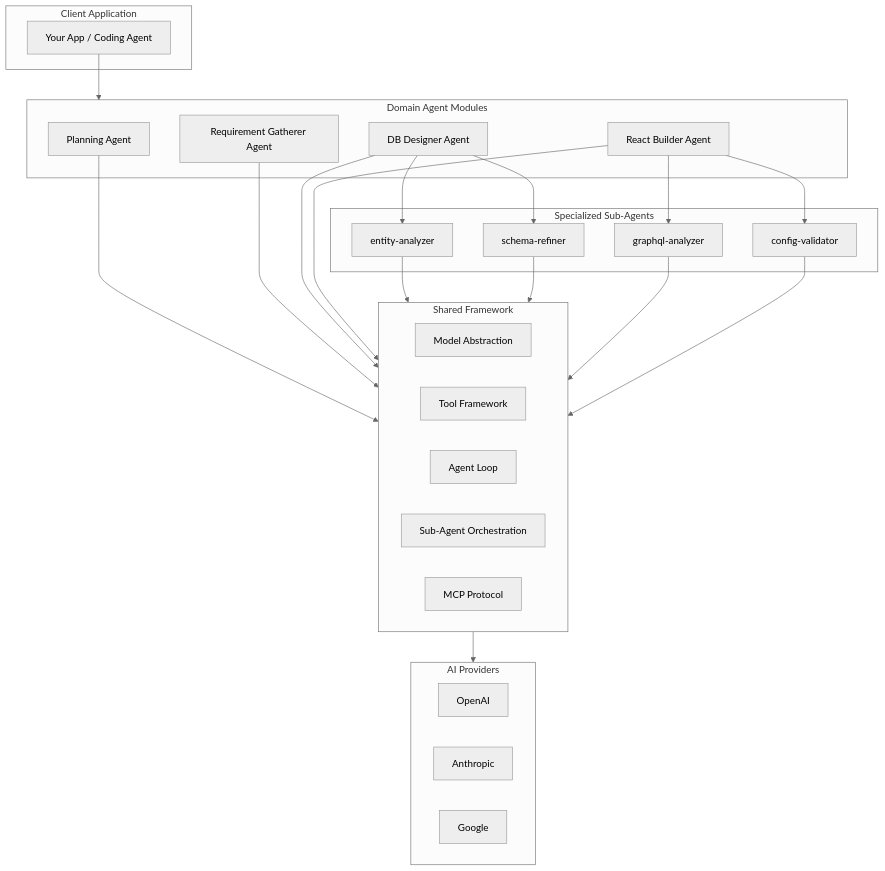
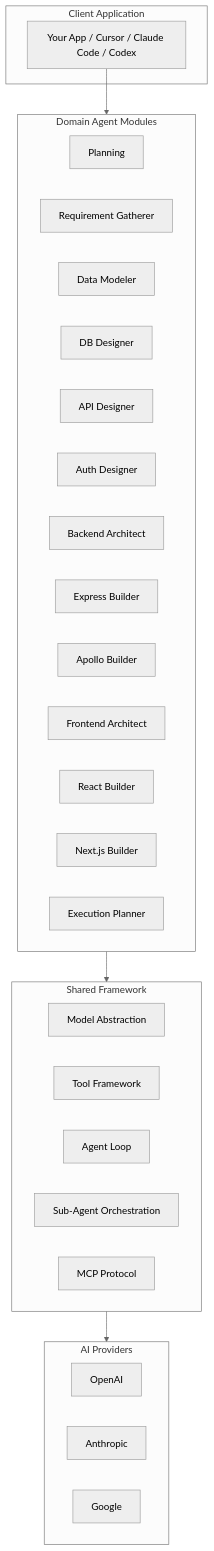
The fourth of 7 diagrams in README.md (sijeeshmiziha/sweagent), drawn with Mermaid (neutral theme) before and after one commit. The commit also changed other lines of this file and 15 other files, not shown here.

````diff
--- a/README.md
+++ b/README.md
@@ -589,49 +913,40 @@
 ```mermaid
 graph TB
   subgraph Client[Client Application]
-    App["Your App / Coding Agent"]
+    App["Your App / Cursor / Claude Code / Codex"]
   end
 
   subgraph DomainAgents[Domain Agent Modules]
-    Planning["Planning Agent"]
-    ReqGatherer["Requirement Gatherer Agent"]
-    DbDesigner["DB Designer Agent"]
-    ReactBuilder["React Builder Agent"]
-  end
-
-  subgraph SubAgents[Specialized Sub-Agents]
-    EA["entity-analyzer"]
-    SR["schema-refiner"]
-    GA["graphql-analyzer"]
-    CV["config-validator"]
+    Planning["Planning"]
+    ReqGatherer["Requirement Gatherer"]
+    DataModeler["Data Modeler"]
+    DbDesigner["DB Designer"]
+    ApiDesigner["API Designer"]
+    AuthDesigner["Auth Designer"]
+    BackendArch["Backend Architect"]
+    ExpressBuilder["Express Builder"]
+    ApolloBuilder["Apollo Builder"]
+    FrontendArch["Frontend Architect"]
+    ReactBuilder["React Builder"]
+    NextjsBuilder["Next.js Builder"]
+    ExecPlanner["Execution Planner"]
   end
 
   subgraph Framework[Shared Framework]
     Models["Model Abstraction"]
     ToolFW["Tool Framework"]
     AgentLoop["Agent Loop"]
     SubAgentOrch["Sub-Agent Orchestration"]
     MCP["MCP Protocol"]
   end
 
   subgraph Providers[AI Providers]
     OpenAI["OpenAI"]
     Anthropic["Anthropic"]
     Google["Google"]
   end
 
   App --> DomainAgents
-  Planning --> Framework
-  ReqGatherer --> Framework
-  DbDesigner --> EA
-  DbDesigner --> SR
-  DbDesigner --> Framework
-  ReactBuilder --> GA
-  ReactBuilder --> CV
-  ReactBuilder --> Framework
-  EA --> Framework
-  SR --> Framework
-  GA --> Framework
-  CV --> Framework
+  DomainAgents --> Framework
   Framework --> Providers
 ```
````
